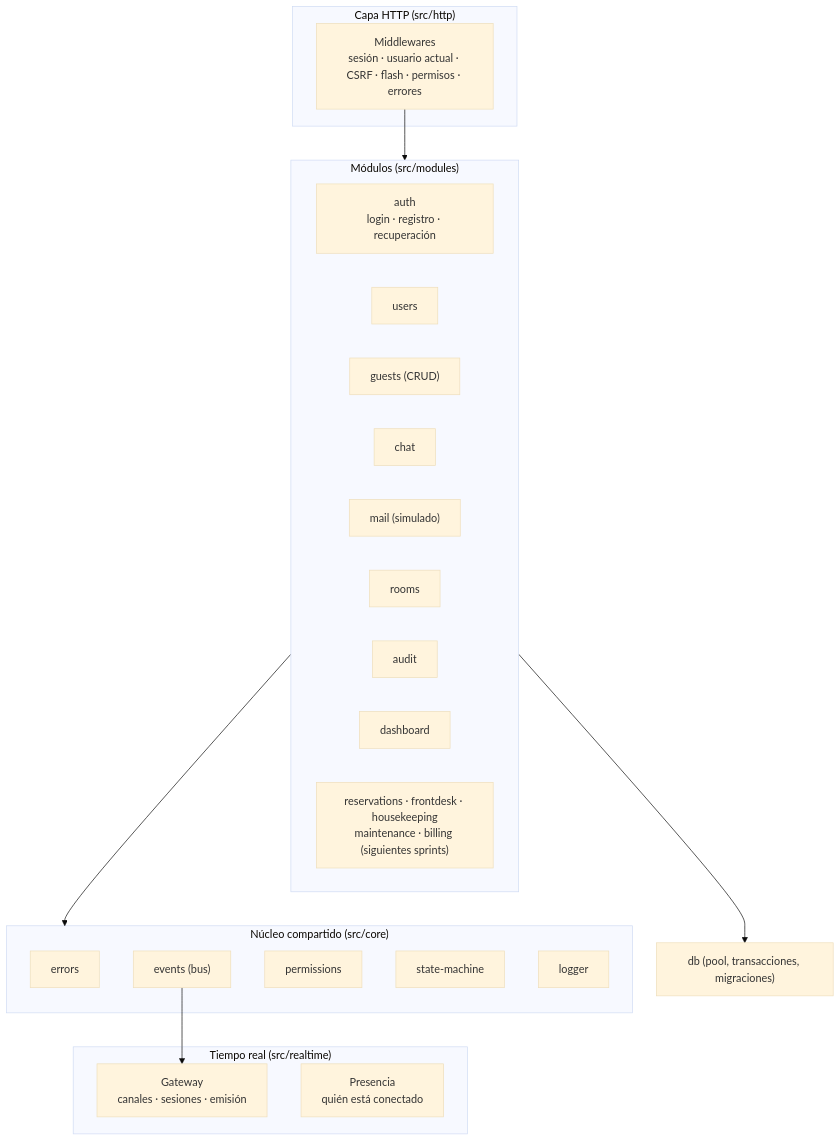
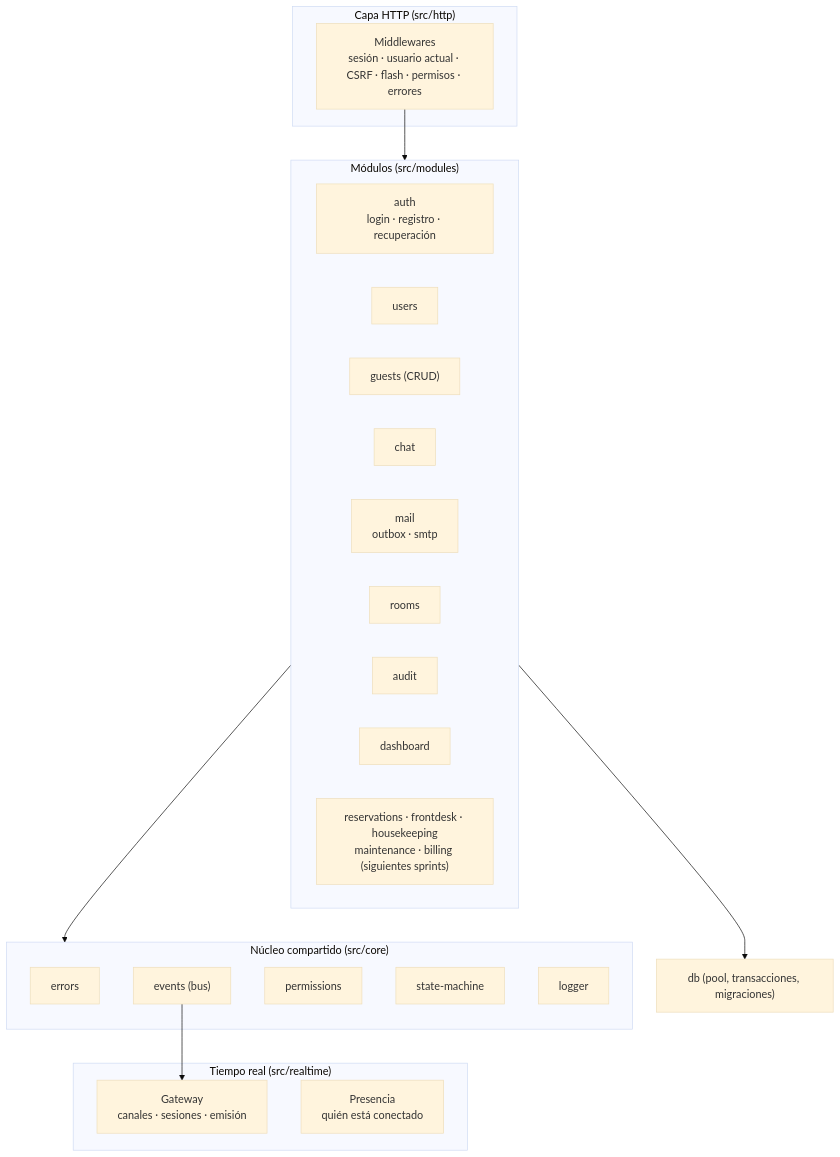
Before and after one commit to a-sebs/PMS_PROJECT: the third of 4 diagrams in docs/03-diseno/arquitectura.md, drawn with Mermaid (base theme). The commit also changed 9 other files, not shown here.

````diff
--- a/docs/03-diseno/arquitectura.md
+++ b/docs/03-diseno/arquitectura.md
@@ -70,38 +70,38 @@
 ```mermaid
 flowchart TB
     subgraph http["Capa HTTP (src/http)"]
         mw["Middlewares<br/>sesión · usuario actual · CSRF · flash · permisos · errores"]
     end
 
     subgraph modules["Módulos (src/modules)"]
         auth["auth<br/>login · registro · recuperación"]
         users["users"]
         guests["guests (CRUD)"]
         chat["chat"]
-        mail["mail (simulado)"]
+        mail["mail<br/>outbox · smtp"]
         rooms["rooms"]
         audit["audit"]
         dash["dashboard"]
         future["reservations · frontdesk · housekeeping<br/>maintenance · billing (siguientes sprints)"]
     end
 
     subgraph core["Núcleo compartido (src/core)"]
         errors["errors"]
         events["events (bus)"]
         perms["permissions"]
         fsm["state-machine"]
         log["logger"]
     end
 
     subgraph rt["Tiempo real (src/realtime)"]
         gateway["Gateway<br/>canales · sesiones · emisión"]
         presence["Presencia<br/>quién está conectado"]
     end
 
     db["db (pool, transacciones, migraciones)"]
 
     mw --> modules
     modules --> core
     modules --> db
     events --> gateway
 ```
````
